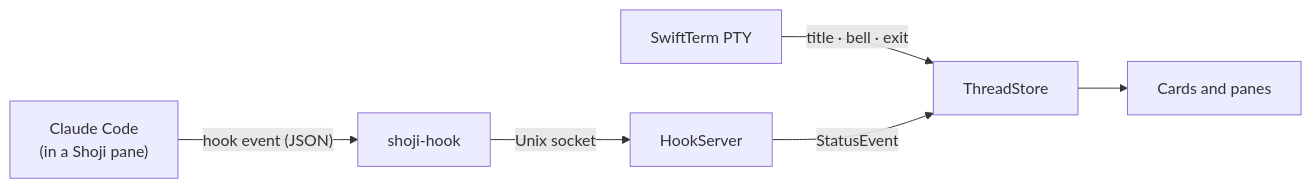
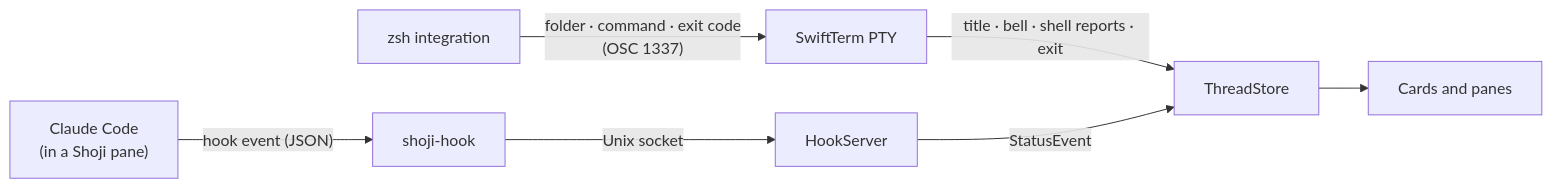
One commit to yyyaaan/shoji changed the diagram in README.md. Above: the diagram before and after it, drawn with Mermaid. The commit also changed other lines of this file and 35 other files, not shown here.

````diff
--- a/README.md
+++ b/README.md
@@ -82,8 +86,9 @@
 ```mermaid
 flowchart LR
     CLI["Claude Code<br/>(in a Shoji pane)"] -- "hook event (JSON)" --> Hook["shoji-hook"]
     Hook -- "Unix socket" --> Server["HookServer"]
-    PTY["SwiftTerm PTY"] -- "title · bell · exit" --> Store
+    Zsh["zsh integration"] -- "folder · command · exit code<br/>(OSC 1337)" --> PTY
+    PTY["SwiftTerm PTY"] -- "title · bell · shell reports · exit" --> Store
     Server -- "StatusEvent" --> Store["ThreadStore"]
     Store --> UI["Cards and panes"]
 ```
````
